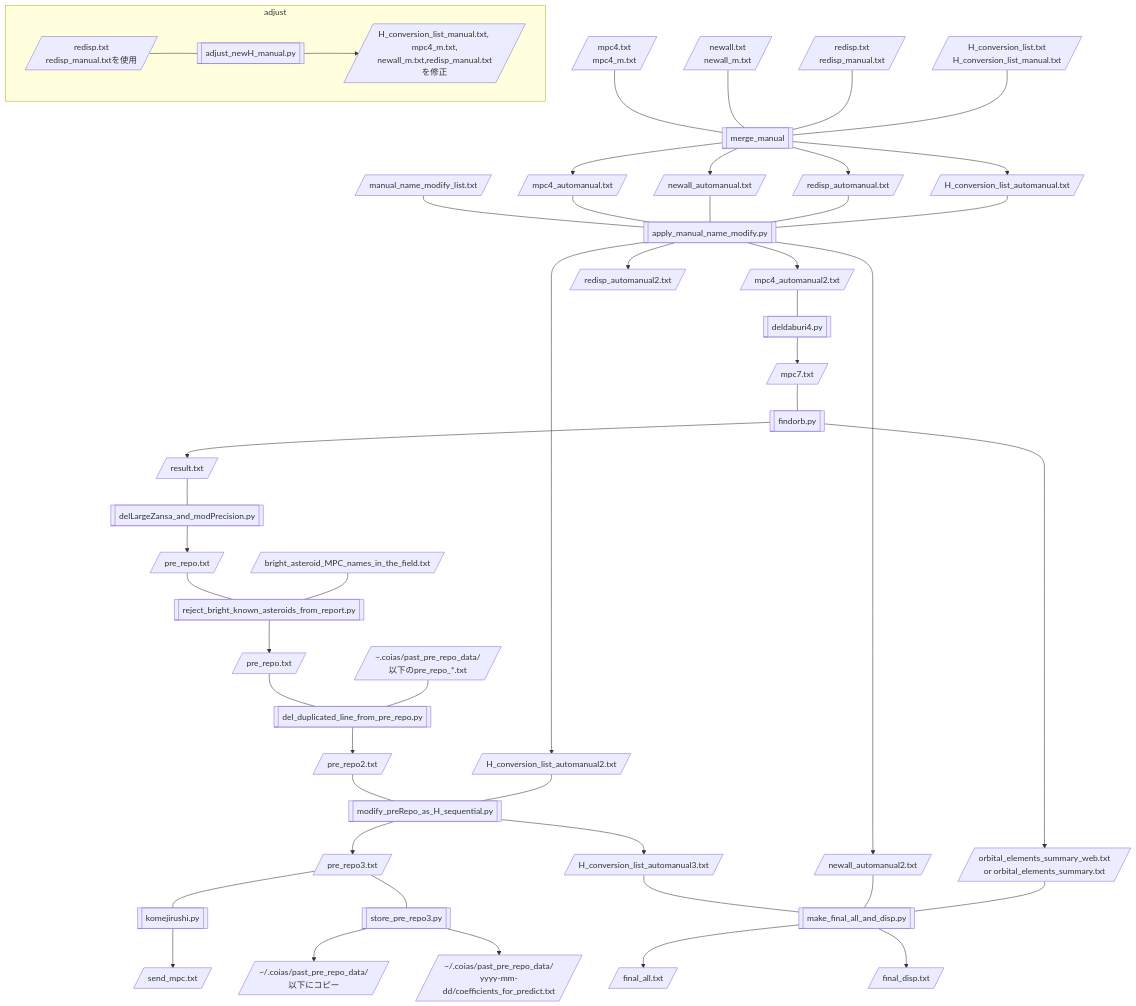
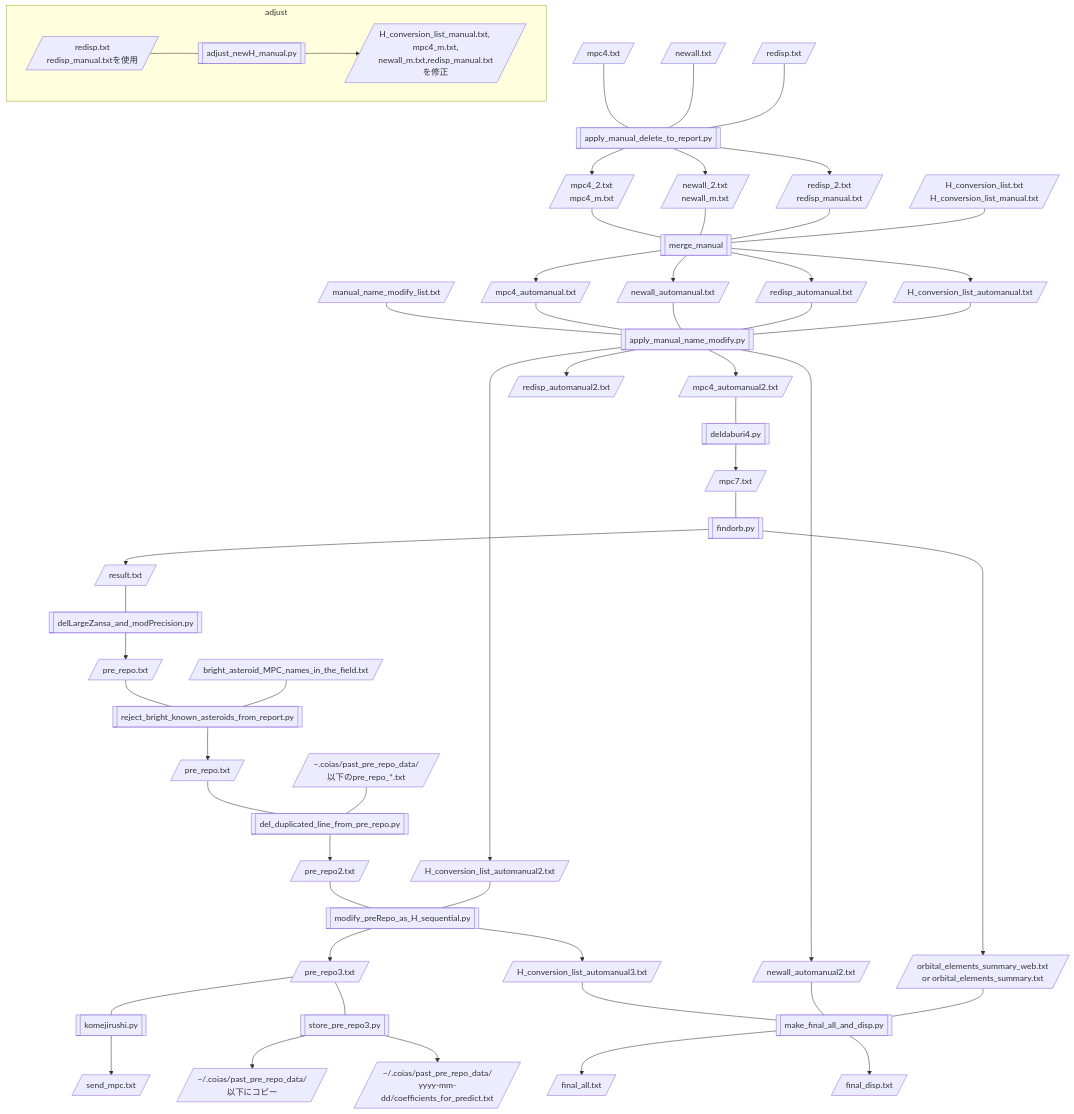
The diagram in flowcharts/flowchart7-AstsearchR_afterReCOIAS.md (COIAS-program/COIAS_program_github), drawn with Mermaid before and after one commit. The commit also changed other lines of this file and 7 other files, not shown here.

```````diff
--- a/flowcharts/flowchart7-AstsearchR_afterReCOIAS.md
+++ b/flowcharts/flowchart7-AstsearchR_afterReCOIAS.md
@@ -3,8 +3,14 @@
 ```mermaid
 flowchart TD
-    A[/mpc4.txt\nmpc4_m.txt/] --- B[[merge_manual]]
-    C[/newall.txt\nnewall_m.txt/] --- B
-    D[/redisp.txt\nredisp_manual.txt/] --- B
+    n[/mpc4.txt/] --- o[[apply_manual_delete_to_report.py]]
+    p[/newall.txt/] --- o
+    q[/redisp.txt/] --- o
+    o --> A
+    o --> C
+    o --> D
+    A[/mpc4_2.txt\nmpc4_m.txt/] --- B[[merge_manual]]
+    C[/newall_2.txt\nnewall_m.txt/] --- B
+    D[/redisp_2.txt\nredisp_manual.txt/] --- B
     E[/H_conversion_list.txt\nH_conversion_list_manual.txt/] --- B
     B --> F[/mpc4_automanual.txt/]
     B --> G[/newall_automanual.txt/]
@@ -65,6 +71,7 @@
     click e "https://github.com/COIAS-program/COIAS_program_github/blob/main/src7_AstsearchR_afterReCOIAS/komejirushi.py"
     click g "https://github.com/COIAS-program/COIAS_program_github/blob/main/src7_AstsearchR_afterReCOIAS/store_pre_repo3.py"
     click i "https://github.com/COIAS-program/COIAS_program_github/blob/main/src7_AstsearchR_afterReCOIAS/make_final_all_and_disp.py"
+    click o "https://github.com/COIAS-program/COIAS_program_github/blob/main/src7_AstsearchR_afterReCOIAS/apply_manual_delete_to_report.py"
     
     click F "https://github.com/COIAS-program/COIAS_program_github/blob/main/flowcharts/sample7/mpc4_automanual.txt"
     click G "https://github.com/COIAS-program/COIAS_program_github/blob/main/flowcharts/sample7/newall_automanual.txt"
@@ -89,4 +96,7 @@
     click k "https://github.com/COIAS-program/COIAS_program_github/blob/main/flowcharts/sample7/final_disp.txt"
     click l "https://github.com/COIAS-program/COIAS_program_github/blob/main/flowcharts/sample7/manual_name_modify_list.txt"
     click m "https://github.com/COIAS-program/COIAS_program_github/blob/main/flowcharts/sample7/coefficients_for_predict.txt"
+    click A "https://github.com/COIAS-program/COIAS_program_github/blob/main/flowcharts/sample7/mpc4_2.txt"
+    click C "https://github.com/COIAS-program/COIAS_program_github/blob/main/flowcharts/sample7/newall_2.txt"
+    click D "https://github.com/COIAS-program/COIAS_program_github/blob/main/flowcharts/sample7/redisp_2.txt"
 ``````
```````
